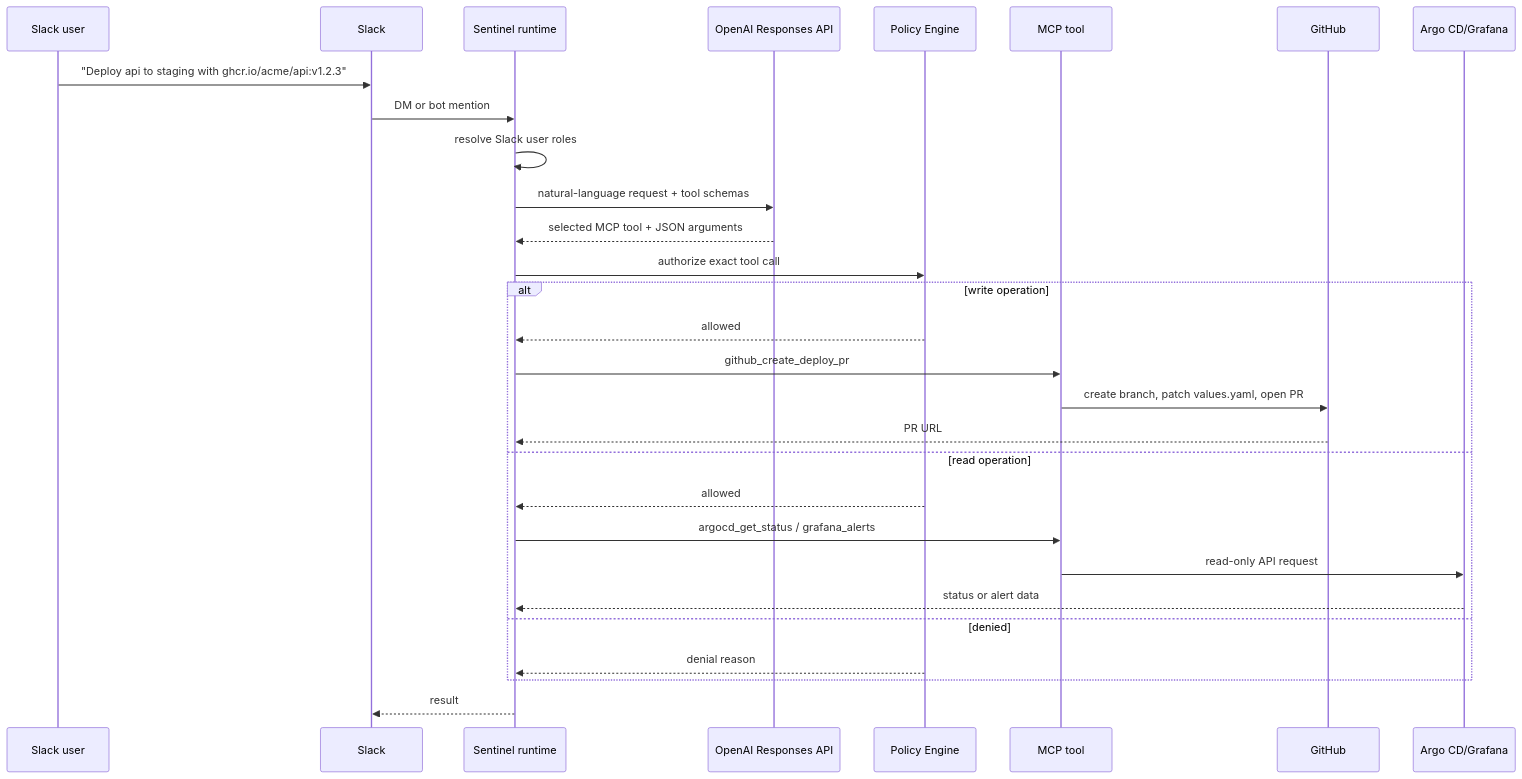
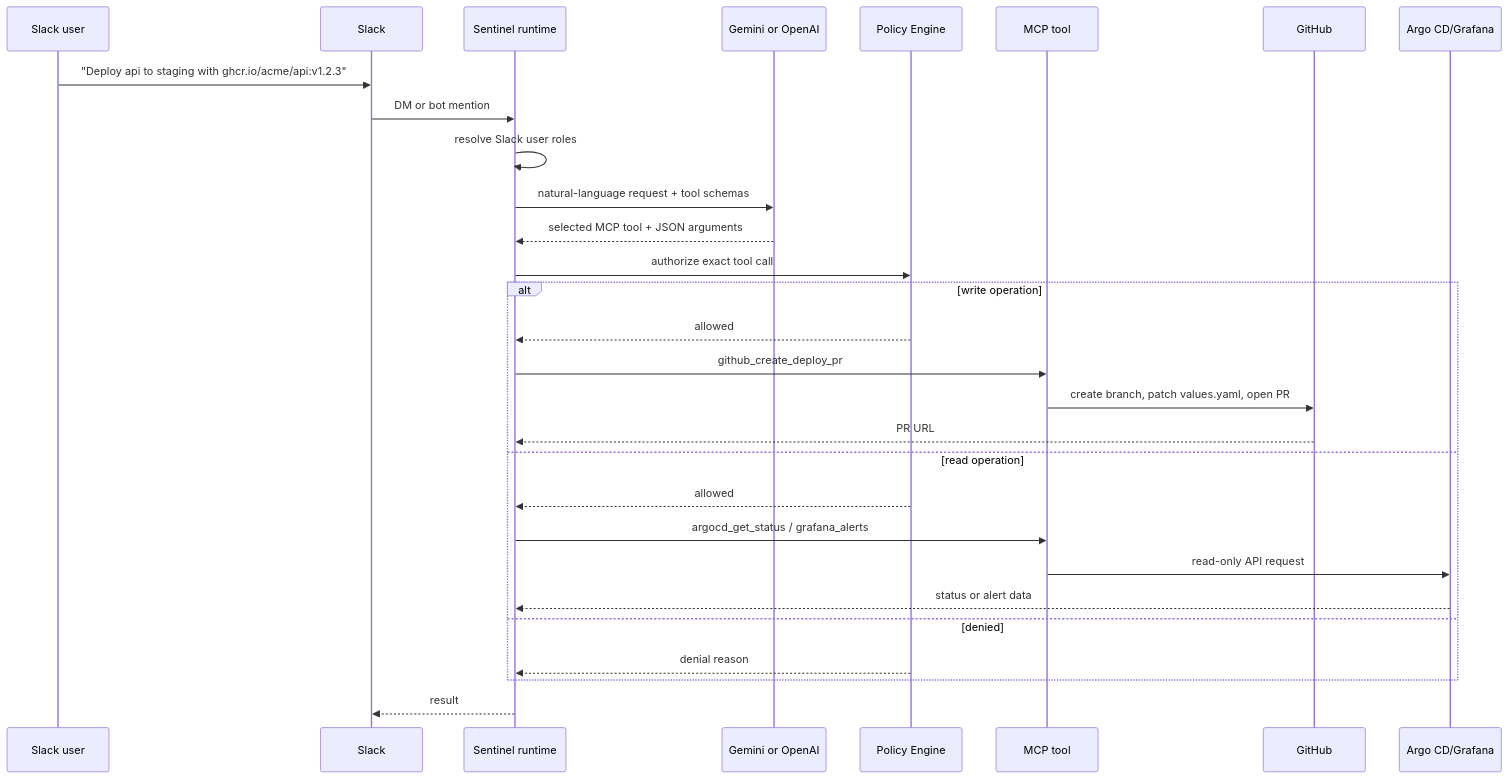
The second of 2 diagrams in README.md (downfa11/cluster-sentinel), drawn with Mermaid before and after one commit. The commit also changed other lines of this file and 5 other files, not shown here.

````diff
--- a/README.md
+++ b/README.md
@@ -35,32 +35,32 @@
 ```mermaid
 sequenceDiagram
     participant User as Slack user
     participant Slack as Slack
     participant Sentinel as Sentinel runtime
-    participant LLM as OpenAI Responses API
+    participant LLM as Gemini or OpenAI
     participant Policy as Policy Engine
     participant Tool as MCP tool
     participant GitHub as GitHub
     participant Argo as Argo CD/Grafana
 
     User->>Slack: "Deploy api to staging with ghcr.io/acme/api:v1.2.3"
     Slack->>Sentinel: DM or bot mention
     Sentinel->>Sentinel: resolve Slack user roles
     Sentinel->>LLM: natural-language request + tool schemas
     LLM-->>Sentinel: selected MCP tool + JSON arguments
     Sentinel->>Policy: authorize exact tool call
     alt write operation
         Policy-->>Sentinel: allowed
         Sentinel->>Tool: github_create_deploy_pr
         Tool->>GitHub: create branch, patch values.yaml, open PR
         GitHub-->>Sentinel: PR URL
     else read operation
         Policy-->>Sentinel: allowed
         Sentinel->>Tool: argocd_get_status / grafana_alerts
         Tool->>Argo: read-only API request
         Argo-->>Sentinel: status or alert data
     else denied
         Policy-->>Sentinel: denial reason
     end
     Sentinel-->>Slack: result
 ```
````
